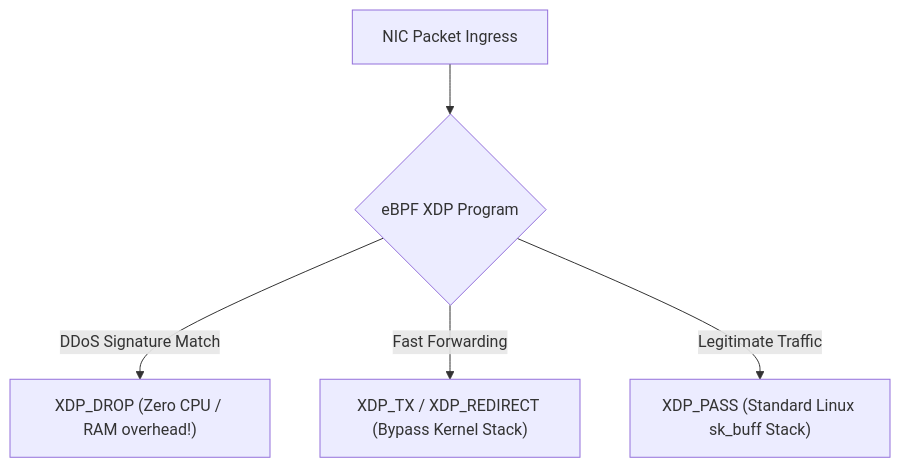
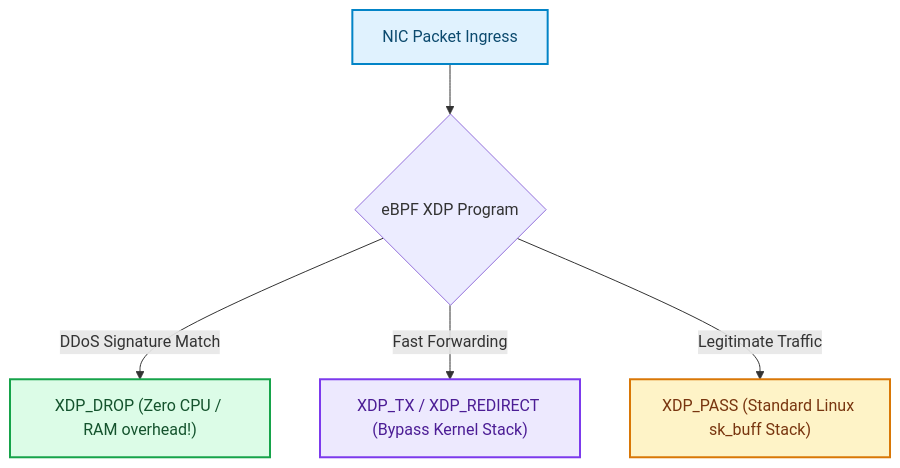
One commit to akmalkhaniub/akmalkhaniub.github.io changed the second of 2 diagrams in blog/posts/linux-ebpf-internals-programmable-kernel-xdp-packet-filtering.md. Above: the diagram before and after it, drawn with Mermaid. The commit also changed other lines of this file and 1291 other files, not shown here.

First line of the commit message:
feat(catalog): unique covers, scholarly references, and diagram palettes

````diff
--- a/blog/posts/linux-ebpf-internals-programmable-kernel-xdp-packet-filtering.md
+++ b/blog/posts/linux-ebpf-internals-programmable-kernel-xdp-packet-filtering.md
@@ -69,7 +80,17 @@
 ```mermaid
 flowchart TD
-  NIC[NIC Packet Ingress] --> XDP{eBPF XDP Program}
+  NIC["NIC Packet Ingress"] --> XDP{eBPF XDP Program}
   XDP -->|DDoS Signature Match| Drop["XDP_DROP (Zero CPU / RAM overhead!)"]
   XDP -->|Fast Forwarding| TX["XDP_TX / XDP_REDIRECT (Bypass Kernel Stack)"]
   XDP -->|Legitimate Traffic| Pass["XDP_PASS (Standard Linux sk_buff Stack)"]
+
+classDef green fill:#dcfce7,stroke:#16a34a,stroke-width:2px,color:#14532d;
+classDef red fill:#fee2e2,stroke:#dc2626,stroke-width:2px,color:#7f1d1d;
+classDef blue fill:#e0f2fe,stroke:#0284c7,stroke-width:2px,color:#0c4a6e;
+classDef yellow fill:#fef3c7,stroke:#d97706,stroke-width:2px,color:#78350f;
+classDef purple fill:#ede9fe,stroke:#7c3aed,stroke-width:2px,color:#4c1d95;
+class NIC blue
+class Drop green
+class TX purple
+class Pass yellow
 ```
````
